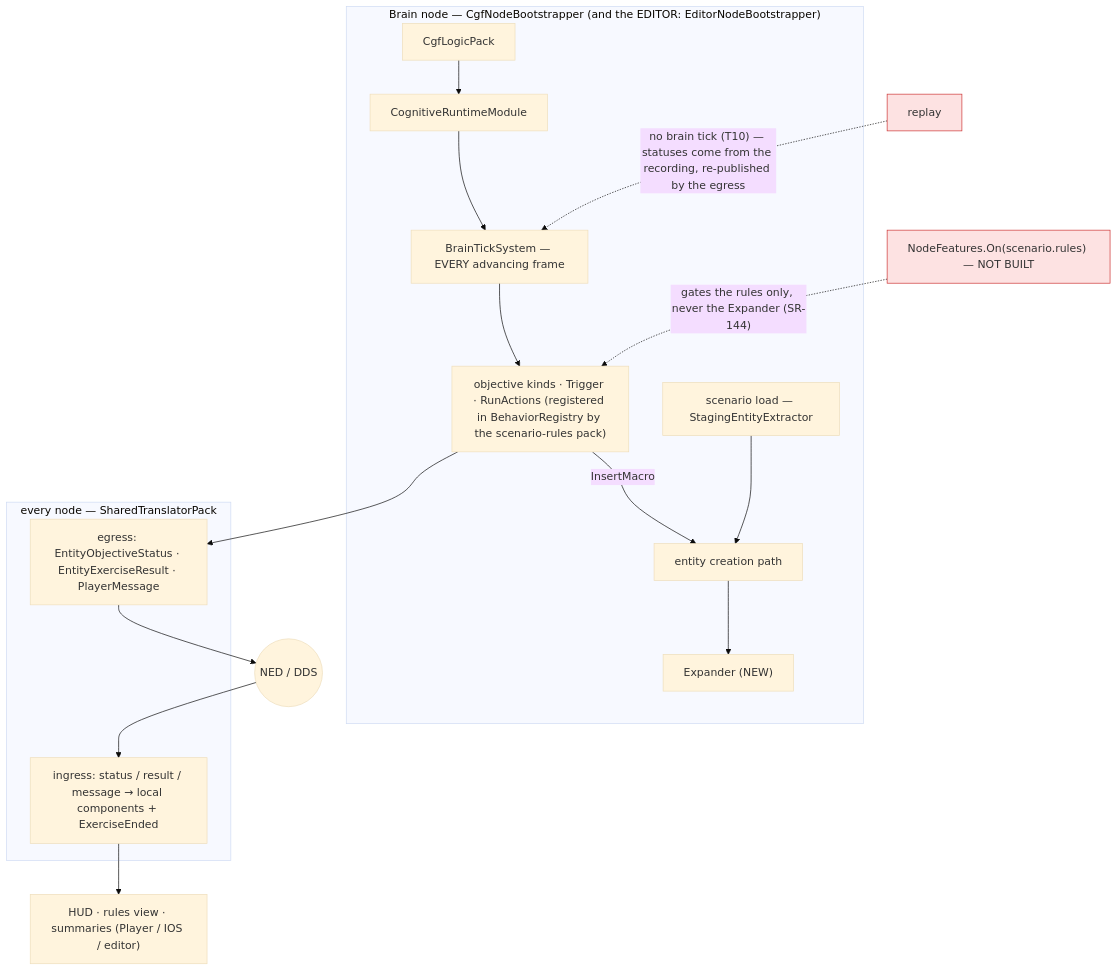
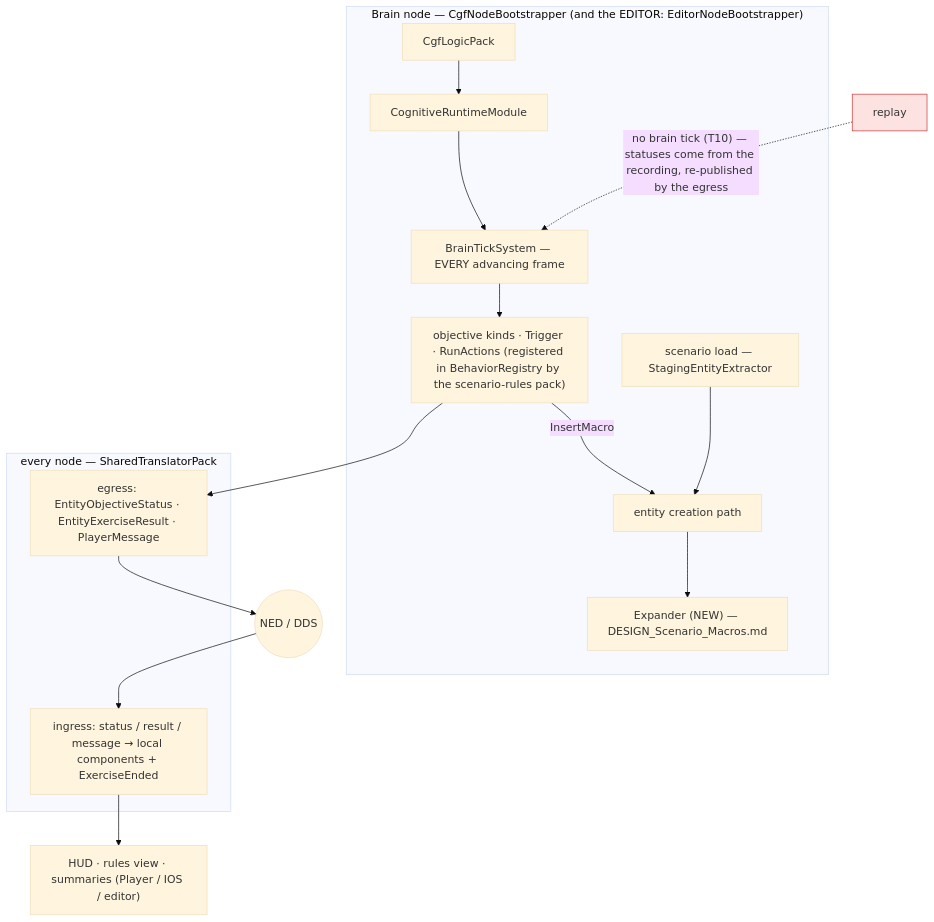
One commit to pjanec/HROT changed the third of 11 diagrams in docs/DESIGN_Scenario_Rules.md. Above: the diagram before and after it, drawn with Mermaid (base theme). The commit also changed other lines of this file and 9 other files, not shown here.

First line of the commit message:
DESIGN_Scenario_Macros split out (user: macros are a separate feature); SR-145 / F-20: no scenario.rules feature — objectives and triggers are content

````diff
--- a/docs/DESIGN_Scenario_Rules.md
+++ b/docs/DESIGN_Scenario_Rules.md
@@ -169,21 +172,20 @@
 ```mermaid
 graph TD
     subgraph brainnode["Brain node — CgfNodeBootstrapper (and the EDITOR: EditorNodeBootstrapper)"]
         CLP["CgfLogicPack"] --> CRM["CognitiveRuntimeModule"] --> BTS["BrainTickSystem — EVERY advancing frame"]
         BTS --> RULES["objective kinds · Trigger · RunActions (registered in BehaviorRegistry by the scenario-rules pack)"]
-        CREATE["entity creation path"] --> EXP["Expander (NEW)"]
+        CREATE["entity creation path"] --> EXP["Expander (NEW) — DESIGN_Scenario_Macros.md"]
         RULES -- "InsertMacro" --> CREATE
         LOAD["scenario load — StagingEntityExtractor"] --> CREATE
     end
     subgraph shared["every node — SharedTranslatorPack"]
         EG["egress: EntityObjectiveStatus · EntityExerciseResult · PlayerMessage"]
         IG["ingress: status / result / message → local components + ExerciseEnded"]
     end
     RULES --> EG
     EG --> W(("NED / DDS"))
     W --> IG
     IG --> UI["HUD · rules view · summaries (Player / IOS / editor)"]
-    NF["NodeFeatures.On(scenario.rules) — NOT BUILT"]:::dead -. "gates the rules only, never the Expander (SR-144)" .-> RULES
     REPLAY["replay"]:::dead -. "no brain tick (T10) — statuses come from the recording, re-published by the egress" .-> BTS
     classDef dead fill:#fde2e2,stroke:#c33
 ```
````
